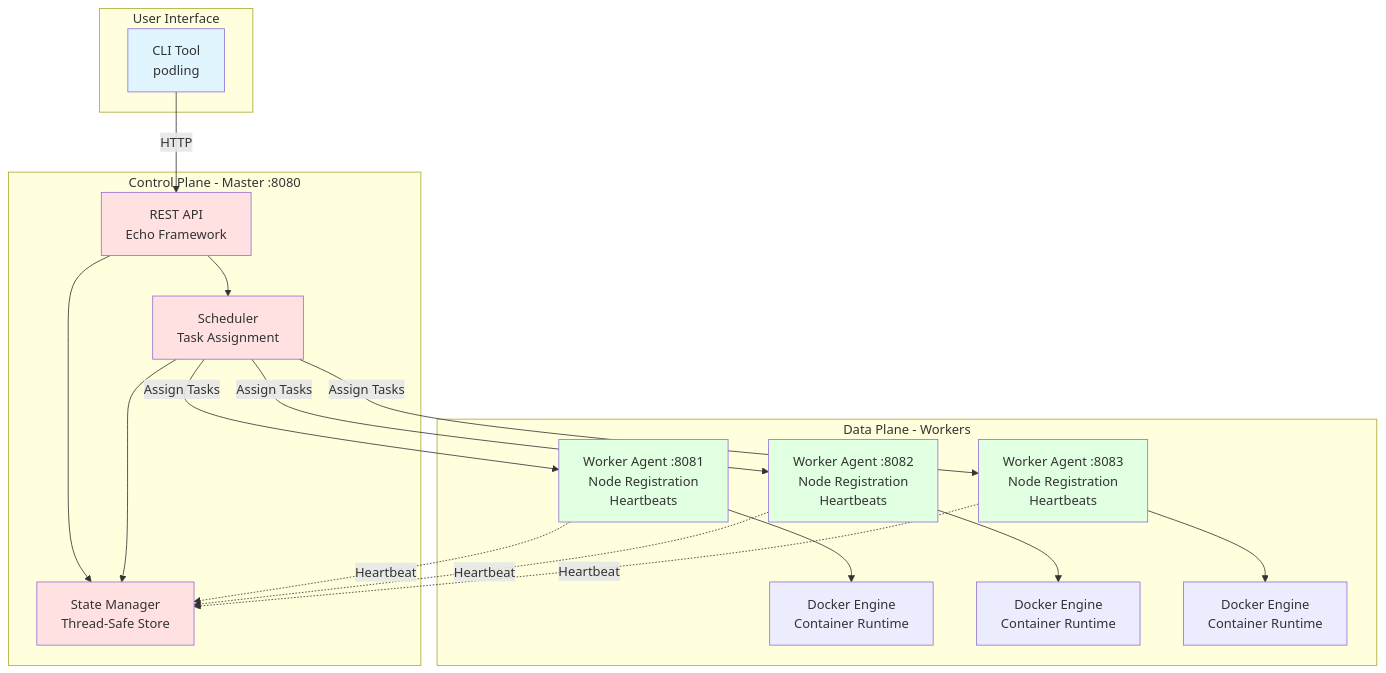
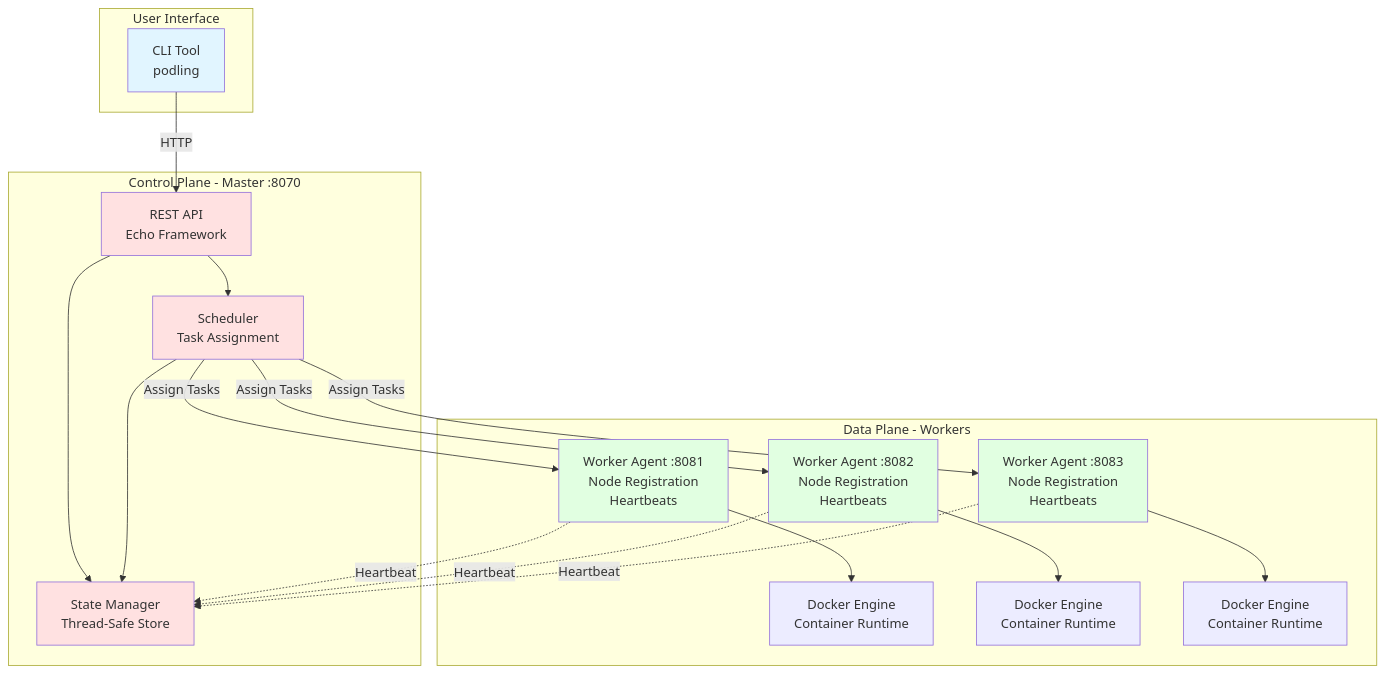
Before and after one commit to danpasecinic/podling: the first of 12 diagrams in docs/ARCHITECTURE.md, drawn with Mermaid. The commit also changed other lines of this file and 9 other files, not shown here.

````diff
--- a/docs/ARCHITECTURE.md
+++ b/docs/ARCHITECTURE.md
@@ -5,42 +5,42 @@
 ```mermaid
 graph TB
     subgraph "User Interface"
         CLI[CLI Tool<br/>podling]
     end
 
-    subgraph "Control Plane - Master :8080"
+    subgraph "Control Plane - Master :8070"
         API[REST API<br/>Echo Framework]
         Scheduler[Scheduler<br/>Task Assignment]
         State[State Manager<br/>Thread-Safe Store]
         API --> Scheduler
         API --> State
         Scheduler --> State
     end
 
     subgraph "Data Plane - Workers"
         W1[Worker Agent :8081<br/>Node Registration<br/>Heartbeats]
         W2[Worker Agent :8082<br/>Node Registration<br/>Heartbeats]
         W3[Worker Agent :8083<br/>Node Registration<br/>Heartbeats]
         D1[Docker Engine<br/>Container Runtime]
         D2[Docker Engine<br/>Container Runtime]
         D3[Docker Engine<br/>Container Runtime]
         W1 --> D1
         W2 --> D2
         W3 --> D3
     end
 
     CLI -->|HTTP| API
     Scheduler -->|Assign Tasks| W1
     Scheduler -->|Assign Tasks| W2
     Scheduler -->|Assign Tasks| W3
     W1 -.->|Heartbeat| State
     W2 -.->|Heartbeat| State
     W3 -.->|Heartbeat| State
     style CLI fill: #e1f5ff
     style API fill: #ffe1e1
     style Scheduler fill: #ffe1e1
     style State fill: #ffe1e1
     style W1 fill: #e1ffe1
     style W2 fill: #e1ffe1
     style W3 fill: #e1ffe1
 ```
````
